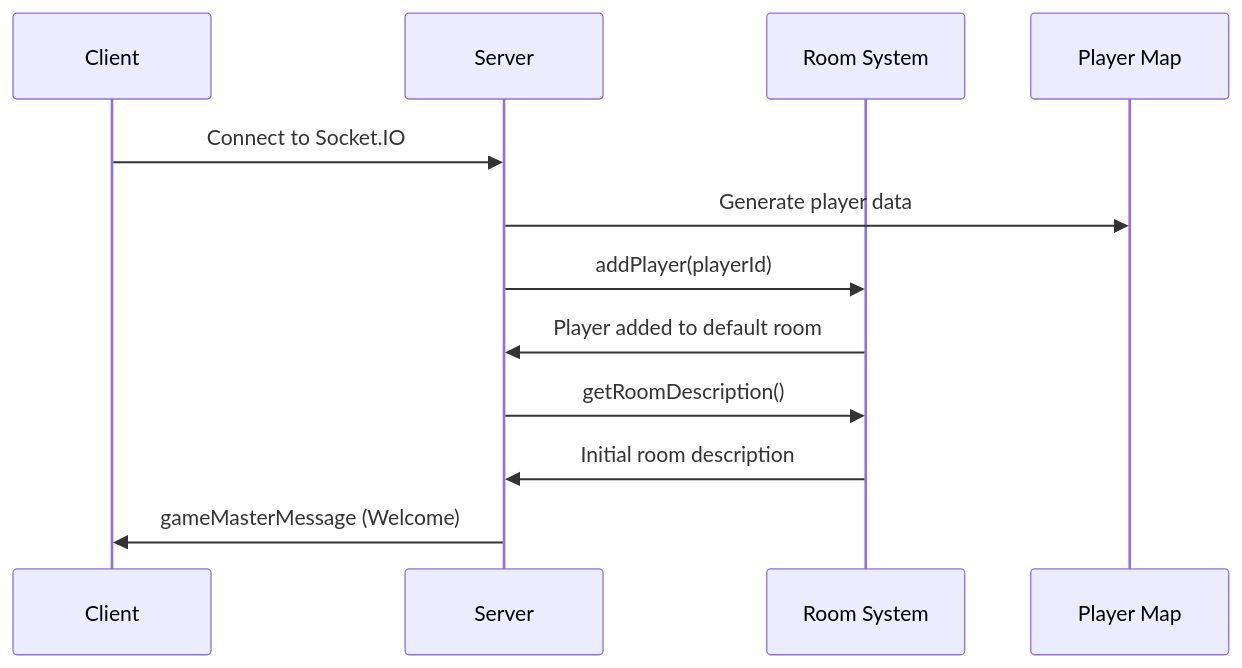
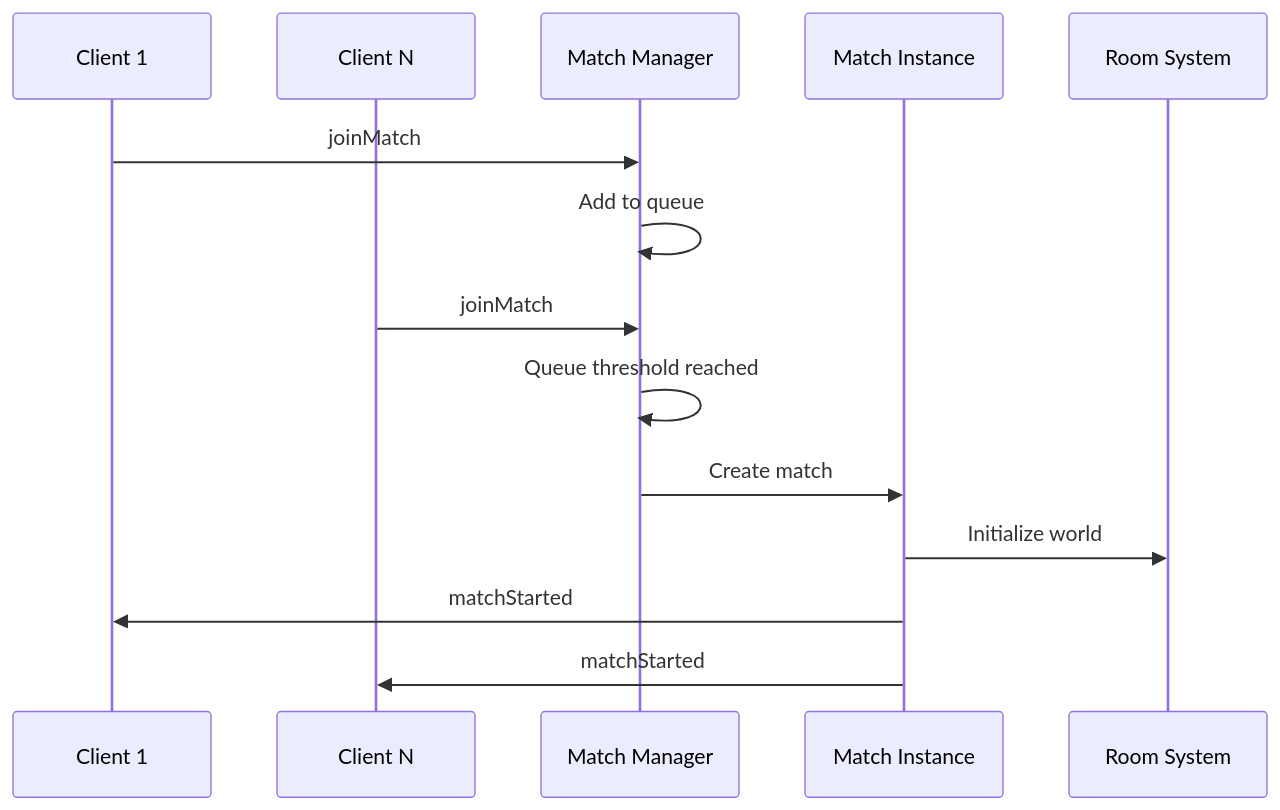
Before and after one commit to MichelPescina/JogoTesto: the seventh of 8 diagrams in documentation/TECH_OVERVIEW.md, drawn with Mermaid. The commit also changed other lines of this file and 1 other file, not shown here.

````diff
--- a/documentation/TECH_OVERVIEW.md
+++ b/documentation/TECH_OVERVIEW.md
@@ -169,15 +244,17 @@
 ```mermaid
 sequenceDiagram
-    participant C as Client
-    participant S as Server
+    participant C1 as Client 1
+    participant C2 as Client N
+    participant MM as Match Manager
+    participant M as Match Instance
     participant RS as Room System
-    participant P as Player Map
     
-    C->>S: Connect to Socket.IO
-    S->>P: Generate player data
-    S->>RS: addPlayer(playerId)
-    RS->>S: Player added to default room
-    S->>RS: getRoomDescription()
-    RS->>S: Initial room description
-    S->>C: gameMasterMessage (Welcome)
+    C1->>MM: joinMatch
+    MM->>MM: Add to queue
+    C2->>MM: joinMatch  
+    MM->>MM: Queue threshold reached
+    MM->>M: Create match
+    M->>RS: Initialize world
+    M->>C1: matchStarted
+    M->>C2: matchStarted
 ```
````
